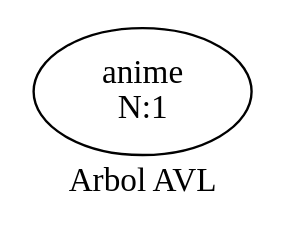
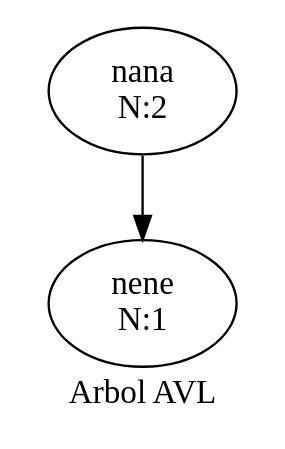
One commit to hr9457/EDD_1S2020_PY2_201314296 changed the diagram in EDD_Proyecto2/ArchivosDot/ArbolAVL.dot. Above: the diagram before and after it, drawn with Graphviz. The commit also changed 18 other files, not shown here.

```diff
--- a/EDD_Proyecto2/ArchivosDot/ArbolAVL.dot
+++ b/EDD_Proyecto2/ArchivosDot/ArbolAVL.dot
@@ -1,7 +1,10 @@
 digraph arbolAVL{
 rankdir=TB;
-nodoanime[ label = " anime
+nodonana[ label = " nana
+N:2" ];
+nodonana->nodonene;
+nodonene[ label = " nene
 N:1" ];
 
 label = " Arbol AVL "; 
 }
```
